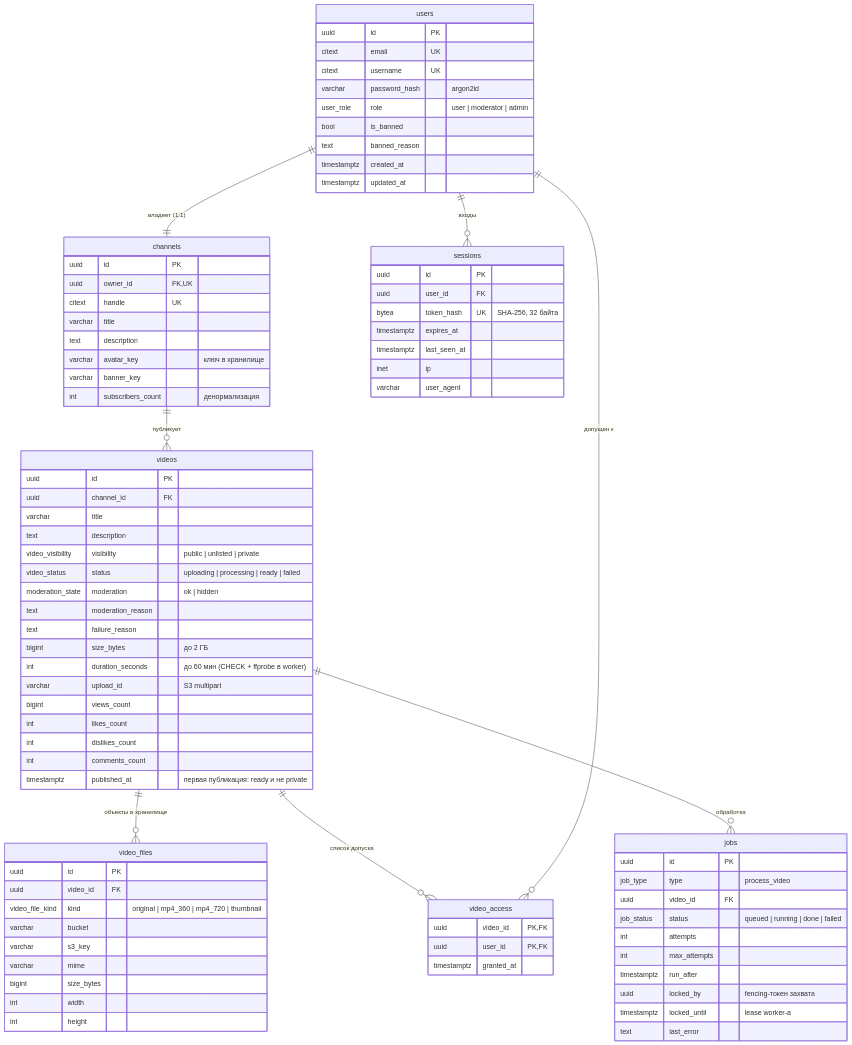
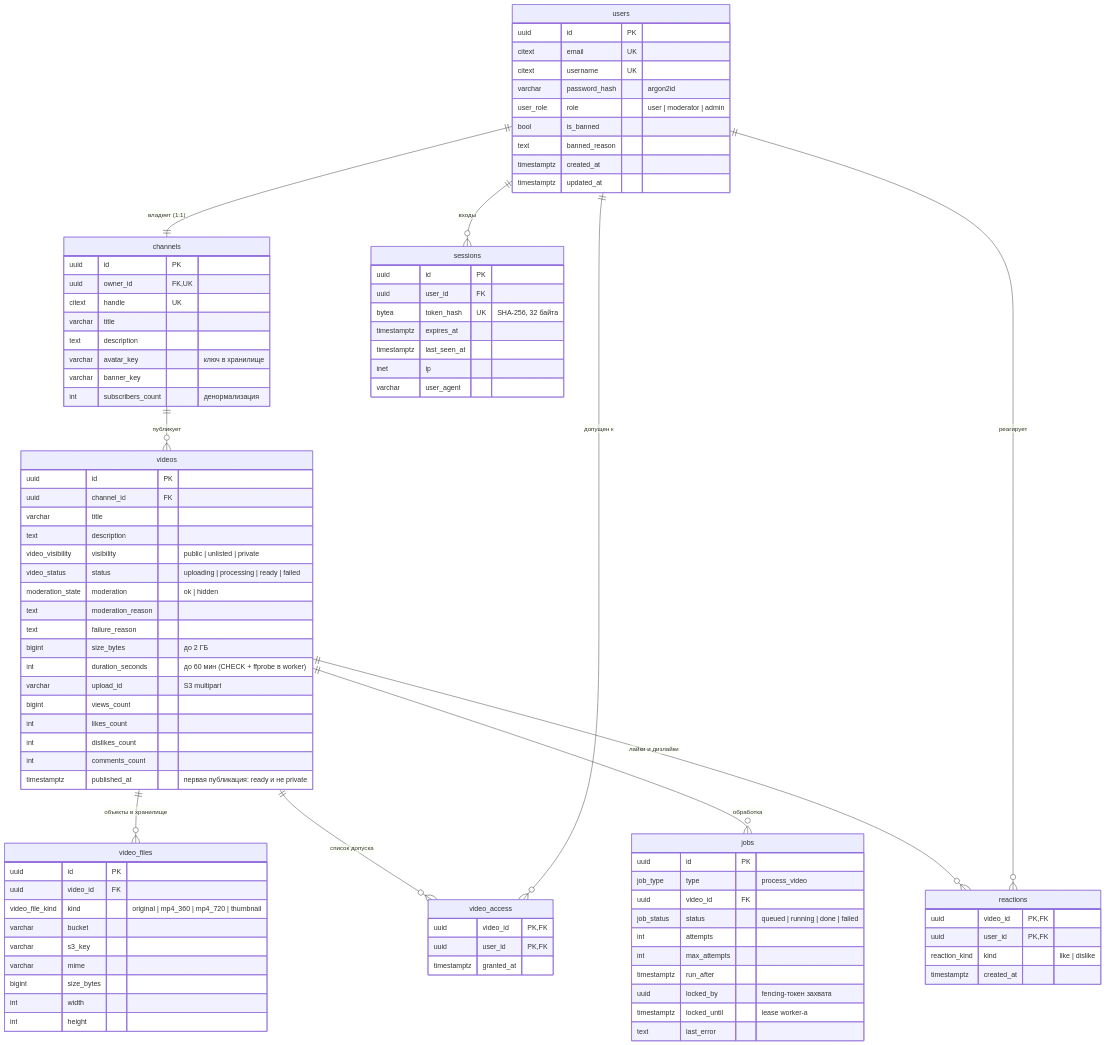
The diagram in docs/db.md (zvolinskiypvzozon/youtube-clone), drawn with Mermaid before and after one commit. The commit also changed other lines of this file and 3 other files, not shown here.

```diff
--- a/docs/db.md
+++ b/docs/db.md
@@ -26,6 +27,8 @@
     videos ||--o{ video_access : "список допуска"
     users ||--o{ video_access : "допущен к"
     videos ||--o{ jobs : "обработка"
+    videos ||--o{ reactions : "лайки и дизлайки"
+    users ||--o{ reactions : "реагирует"
 
     users {
         uuid id PK
@@ -92,6 +95,12 @@
         uuid user_id PK,FK
         timestamptz granted_at
     }
+    reactions {
+        uuid video_id PK,FK
+        uuid user_id PK,FK
+        reaction_kind kind "like | dislike"
+        timestamptz created_at
+    }
     jobs {
         uuid id PK
         job_type type "process_video"
```
